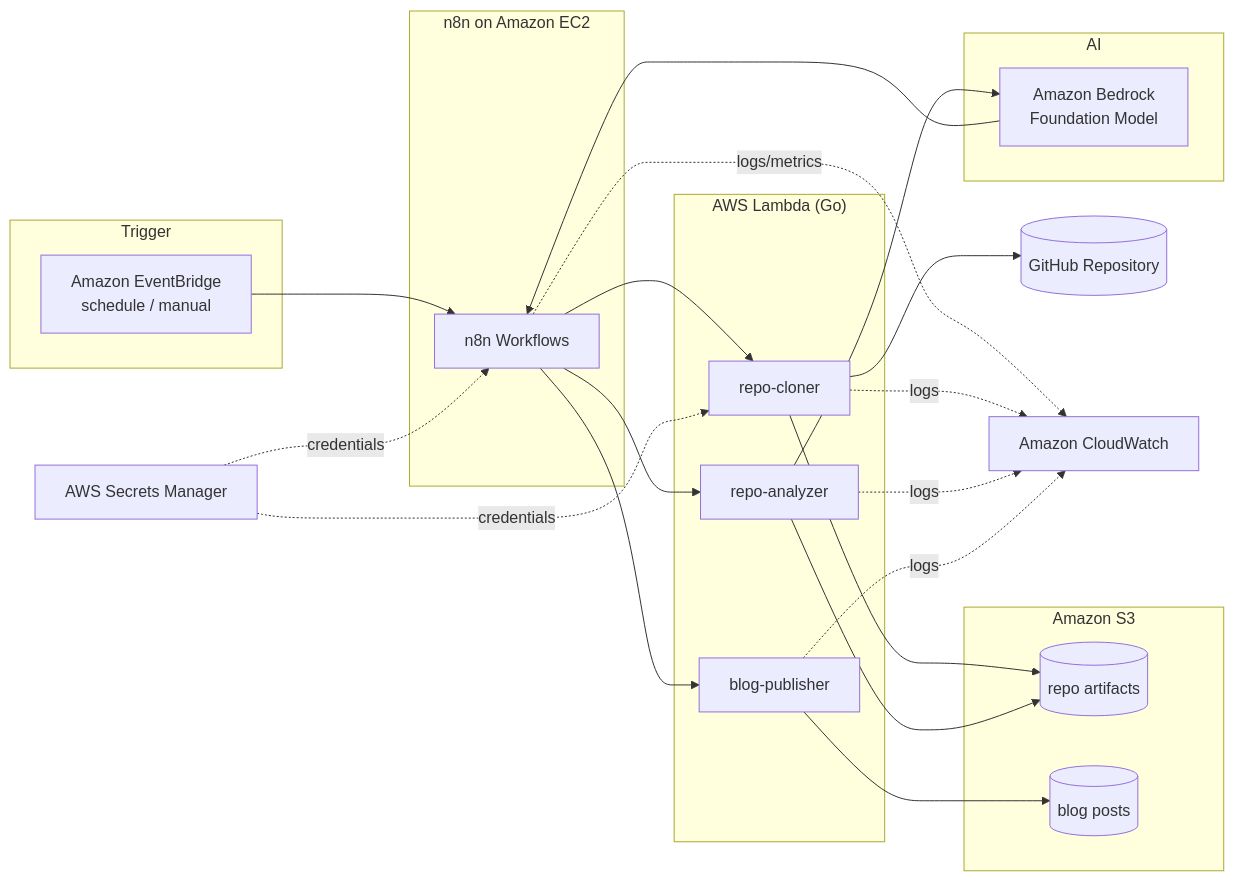
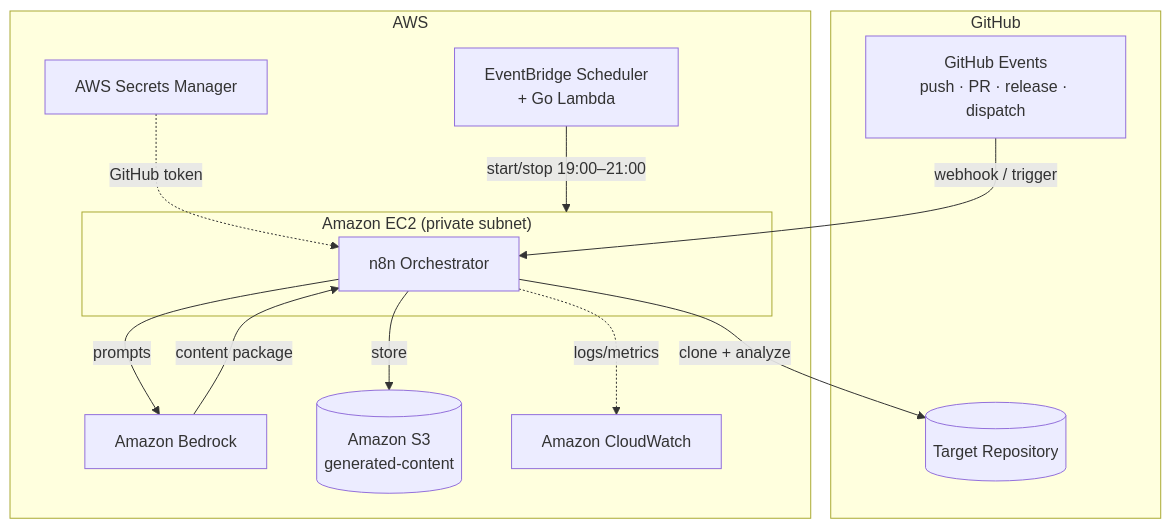
One commit to teddynted/ai-github-repository-blog-generator changed the first of 3 diagrams in README.md. Above: the diagram before and after it, drawn with Mermaid. The commit also changed other lines of this file and 10 other files, not shown here.

````diff
--- a/README.md
+++ b/README.md
@@ -50,43 +121,27 @@
 ```mermaid
-flowchart LR
-    subgraph Trigger
-        EB[Amazon EventBridge<br/>schedule / manual]
+flowchart TB
+    subgraph GitHub
+        EVT[GitHub Events<br/>push · PR · release · dispatch]
+        REPO[(Target Repository)]
     end
 
-    subgraph Orchestration["n8n on Amazon EC2"]
-        N8N[n8n Workflows]
+    subgraph AWS
+        SCHED[EventBridge Scheduler<br/>+ Go Lambda]
+        subgraph EC2["Amazon EC2 (private subnet)"]
+            N8N[n8n Orchestrator]
+        end
+        BR[Amazon Bedrock]
+        S3[(Amazon S3<br/>generated-content)]
+        SM[AWS Secrets Manager]
+        CW[Amazon CloudWatch]
     end
 
-    subgraph Compute["AWS Lambda (Go)"]
-        CLONE[repo-cloner]
-        ANALYZE[repo-analyzer]
-        PUBLISH[blog-publisher]
-    end
-
-    subgraph AI
-        BR[Amazon Bedrock<br/>Foundation Model]
-    end
-
-    subgraph Storage["Amazon S3"]
-        RAW[(repo artifacts)]
-        POSTS[(blog posts)]
-    end
-
-    GH[(GitHub Repository)]
-    SM[AWS Secrets Manager]
-    CW[Amazon CloudWatch]
-
-    EB --> N8N
-    N8N --> CLONE --> GH
-    CLONE --> RAW
-    N8N --> ANALYZE --> RAW
-    ANALYZE --> BR
-    BR --> N8N
-    N8N --> PUBLISH --> POSTS
-    SM -.credentials.-> N8N
-    SM -.credentials.-> CLONE
-    N8N -.logs/metrics.-> CW
-    CLONE -.logs.-> CW
-    ANALYZE -.logs.-> CW
-    PUBLISH -.logs.-> CW
+    EVT -->|webhook / trigger| N8N
+    SCHED -->|start/stop 19:00–21:00| EC2
+    N8N -->|clone + analyze| REPO
+    N8N -->|prompts| BR
+    BR -->|content package| N8N
+    N8N -->|store| S3
+    SM -. GitHub token .-> N8N
+    N8N -. logs/metrics .-> CW
 ```
````
